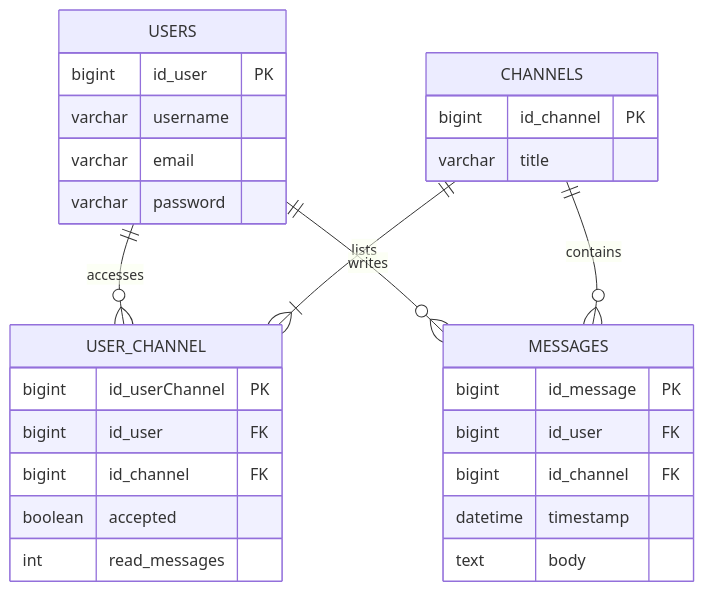
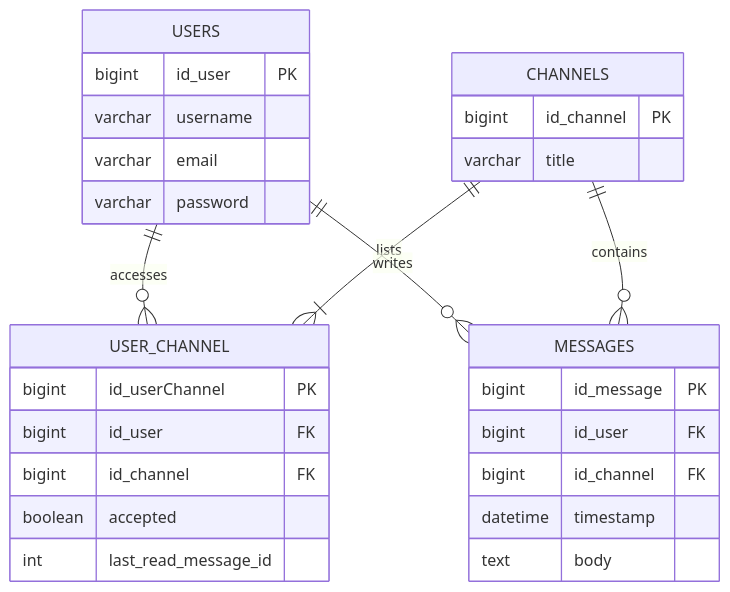
Before and after one commit to AdelinePat/wizzMania: the second of 2 diagrams in README.md, drawn with Mermaid. The commit also changed 5 other files, not shown here.

````diff
--- a/README.md
+++ b/README.md
@@ -55,42 +55,42 @@
 ```mermaid
 erDiagram
     USERS {
         bigint id_user PK
         varchar username
         varchar email
         varchar password
     }
 
     CHANNELS {
         bigint id_channel PK
         varchar title
     }
 
     USER_CHANNEL {
         bigint id_userChannel PK
         bigint id_user FK
         bigint id_channel FK
         boolean accepted
-        int read_messages
+        int last_read_message_id
     }
 
     MESSAGES {
         bigint id_message PK
         bigint id_user FK
         bigint id_channel FK
         datetime timestamp
         text body
     }
 
     %% Users -> User_Channel (0..* per user)
     USERS ||--o{ USER_CHANNEL : "accesses"
 
     %% Channels -> User_Channel (1..* per channel)
     CHANNELS ||--|{ USER_CHANNEL : "lists"
 
     %% Users -> Messages (0..* per user)
     USERS ||--o{ MESSAGES : "writes"
 
     %% Channels -> Messages (0..* per channel)
     CHANNELS ||--o{ MESSAGES : "contains"
 ```
````
